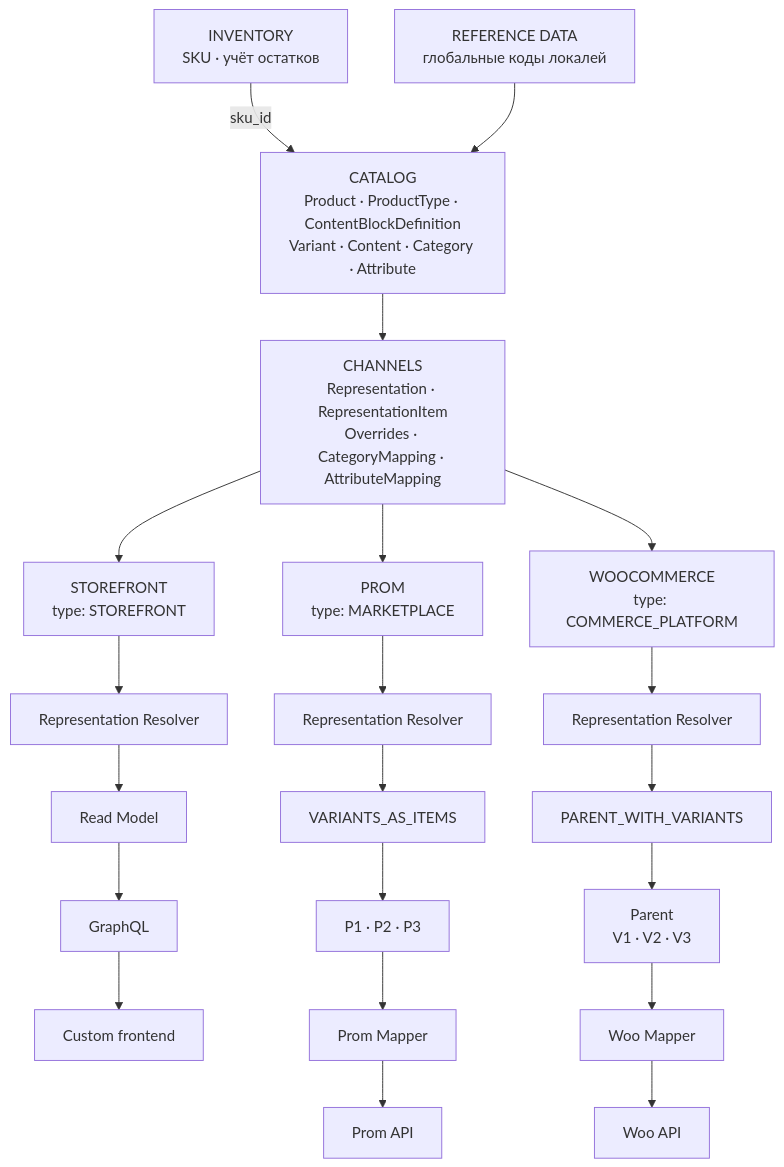
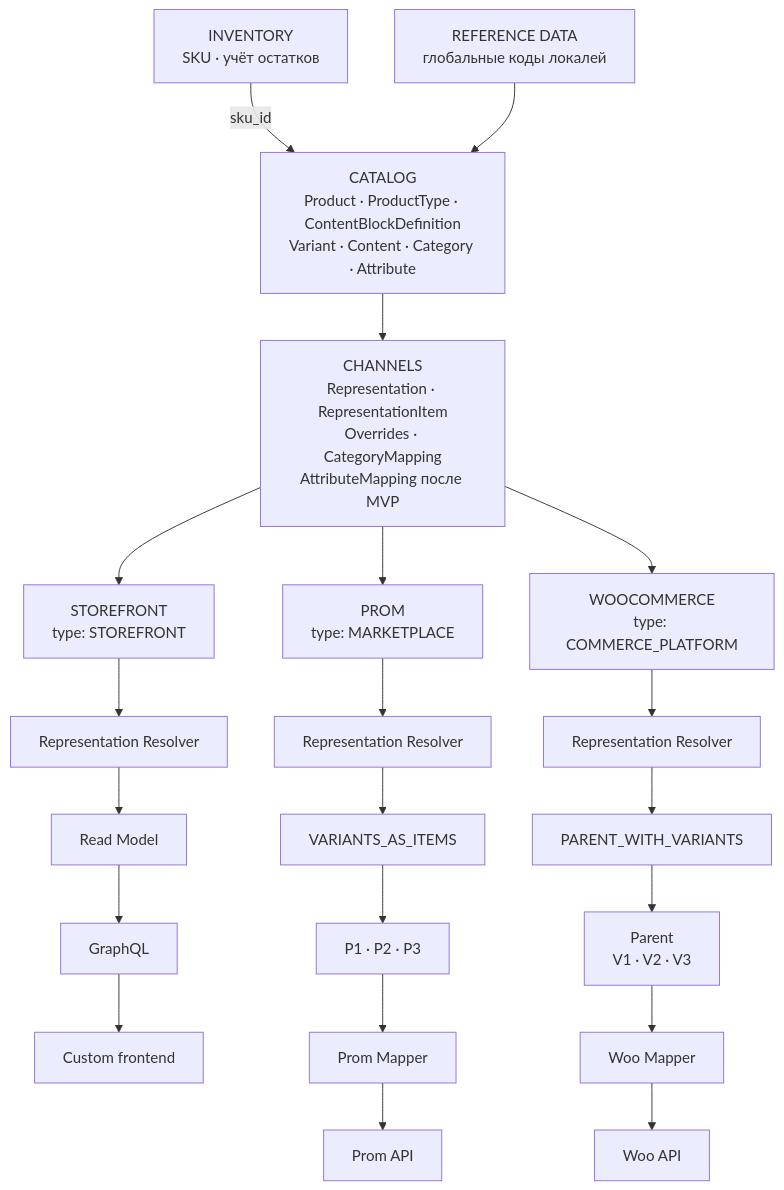
The diagram in docs/plan/catalog.md (dinikon/dnk-runtime-core), drawn with Mermaid before and after one commit. The commit also changed other lines of this file and 80 other files, not shown here.

````diff
--- a/docs/plan/catalog.md
+++ b/docs/plan/catalog.md
@@ -42,27 +52,27 @@
 ```mermaid
 flowchart TB
     INV["INVENTORY<br/>SKU · учёт остатков"]
     LOC["REFERENCE DATA<br/>глобальные коды локалей"]
     CAT["CATALOG<br/>Product · ProductType · ContentBlockDefinition<br/>Variant · Content · Category · Attribute"]
-    CH["CHANNELS<br/>Representation · RepresentationItem<br/>Overrides · CategoryMapping · AttributeMapping"]
+    CH["CHANNELS<br/>Representation · RepresentationItem<br/>Overrides · CategoryMapping<br/>AttributeMapping после MVP"]
     INV -->|sku_id| CAT
     LOC --> CAT
     CAT --> CH
     CH --> S["STOREFRONT<br/>type: STOREFRONT"]
     CH --> P["PROM<br/>type: MARKETPLACE"]
     CH --> W["WOOCOMMERCE<br/>type: COMMERCE_PLATFORM"]
     S --> SR[Representation Resolver]
     P --> PR[Representation Resolver]
     W --> WR[Representation Resolver]
     SR --> RM[Read Model]
     RM --> GQL[GraphQL]
     GQL --> FE[Custom frontend]
     PR --> PT[VARIANTS_AS_ITEMS]
     PT --> PI["P1 · P2 · P3"]
     PI --> PM[Prom Mapper]
     PM --> PA[Prom API]
     WR --> WT[PARENT_WITH_VARIANTS]
     WT --> WI["Parent<br/>V1 · V2 · V3"]
     WI --> WM[Woo Mapper]
     WM --> WA[Woo API]
 ```
````
